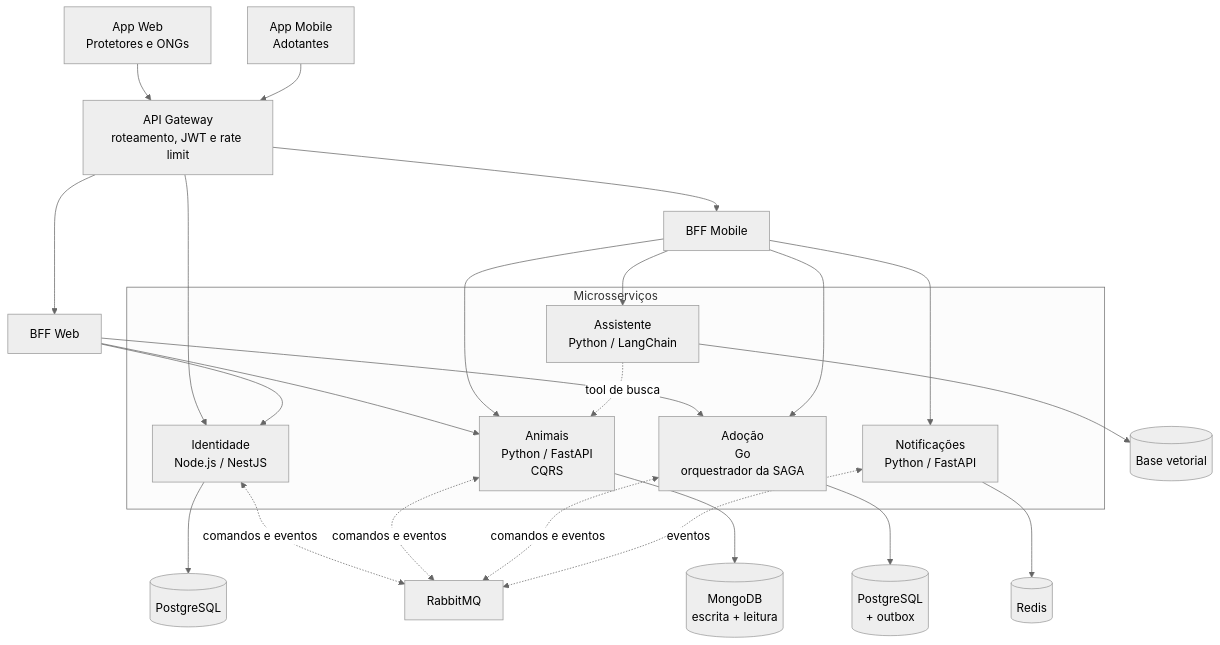
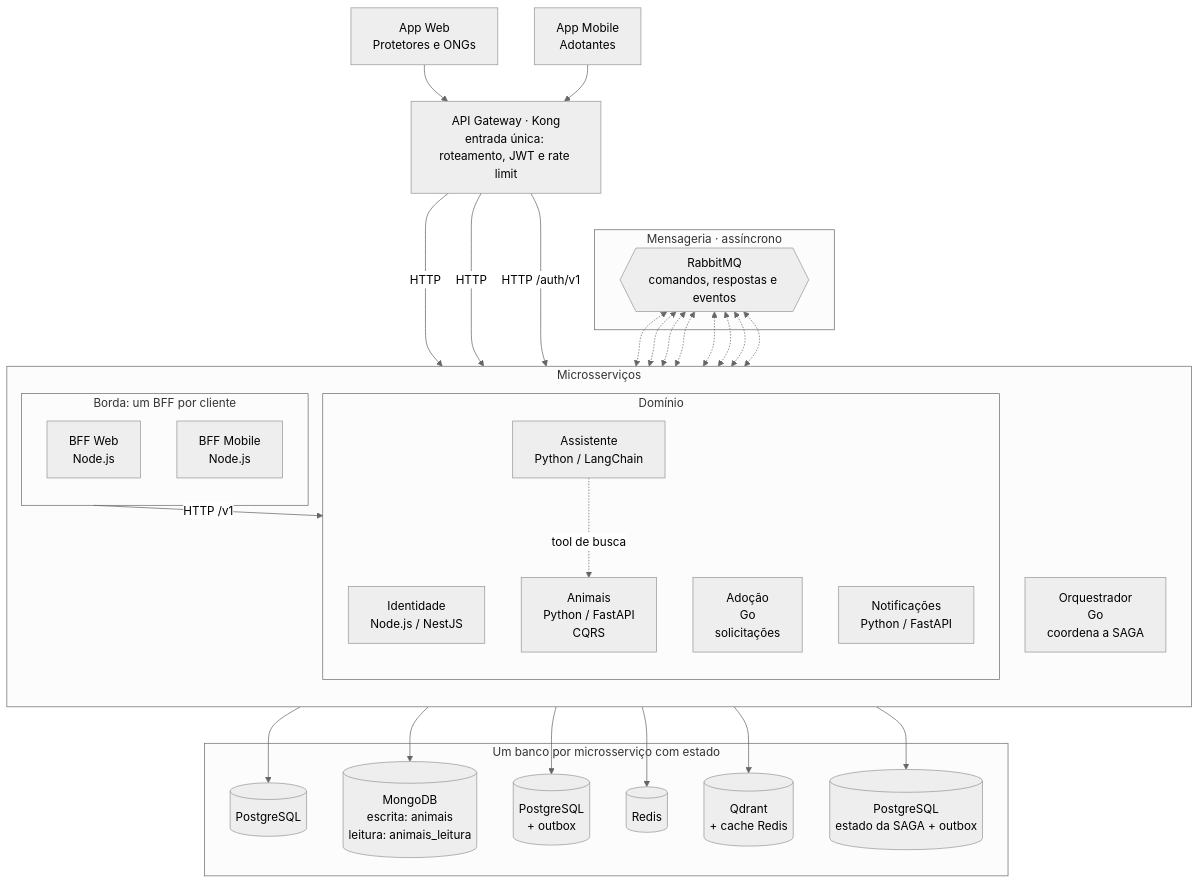
Before and after one commit to gxbreus/ampara: the first of 2 diagrams in README.md, drawn with Mermaid (neutral theme). The commit also changed other lines of this file, not shown here.

First line of the commit message:
docs: detalha a arquitetura no README com Orquestrador, mensageria e CQRS (#141)

````diff
--- a/README.md
+++ b/README.md
@@ -63,41 +72,63 @@
 ```mermaid
 flowchart TB
     Web[App Web<br/>Protetores e ONGs]
     Mobile[App Mobile<br/>Adotantes]
-    Gateway[API Gateway<br/>roteamento, JWT e rate limit]
+    Gateway[API Gateway · Kong<br/>entrada única: roteamento, JWT e rate limit]
 
     Web --> Gateway
     Mobile --> Gateway
 
-    Gateway --> BFFWeb[BFF Web]
-    Gateway --> BFFMobile[BFF Mobile]
-    Gateway --> Identidade
+    subgraph Mensageria[Mensageria · assíncrono]
+        RabbitMQ{{RabbitMQ<br/>comandos, respostas e eventos}}
+    end
+
+    Gateway ~~~ RabbitMQ
+    RabbitMQ ~~~ BFFs
 
     subgraph Servicos[Microsserviços]
-        Identidade[Identidade<br/>Node.js / NestJS]
-        Animais[Animais<br/>Python / FastAPI<br/>CQRS]
-        Adocao[Adoção<br/>Go<br/>orquestrador da SAGA]
-        Notificacoes[Notificações<br/>Python / FastAPI]
-        Assistente[Assistente<br/>Python / LangChain]
+        direction TB
+        subgraph BFFs[Borda: um BFF por cliente]
+            BFFWeb[BFF Web<br/>Node.js]
+            BFFMobile[BFF Mobile<br/>Node.js]
+        end
+        subgraph Dominio[Domínio]
+            Identidade[Identidade<br/>Node.js / NestJS]
+            Animais[Animais<br/>Python / FastAPI<br/>CQRS]
+            Adocao[Adoção<br/>Go<br/>solicitações]
+            Notificacoes[Notificações<br/>Python / FastAPI]
+            Assistente[Assistente<br/>Python / LangChain]
+        end
+        Orquestrador[Orquestrador<br/>Go<br/>coordena a SAGA]
     end
 
-    BFFWeb --> Identidade
-    BFFWeb --> Animais
-    BFFWeb --> Adocao
-    BFFMobile --> Animais
-    BFFMobile --> Adocao
-    BFFMobile --> Notificacoes
-    BFFMobile --> Assistente
+    subgraph Dados[Um banco por microsserviço com estado]
+        DBIdentidade[(PostgreSQL)]
+        DBAnimais[(MongoDB<br/>escrita: animais<br/>leitura: animais_leitura)]
+        DBAdocao[(PostgreSQL<br/>+ outbox)]
+        DBNotificacoes[(Redis)]
+        DBAssistente[(Qdrant<br/>+ cache Redis)]
+        DBOrquestrador[(PostgreSQL<br/>estado da SAGA + outbox)]
+    end
+
+    Gateway -- HTTP --> BFFWeb
+    Gateway -- HTTP --> BFFMobile
+    Gateway -- HTTP /auth/v1 --> Identidade
+    BFFs -- HTTP /v1 --> Dominio
     Assistente -. tool de busca .-> Animais
 
-    Identidade --> DBIdentidade[(PostgreSQL)]
-    Animais --> DBAnimais[(MongoDB<br/>escrita + leitura)]
-    Adocao --> DBAdocao[(PostgreSQL<br/>+ outbox)]
-    Notificacoes --> DBNotificacoes[(Redis)]
-    Assistente --> DBAssistente[(Base vetorial)]
+    RabbitMQ <-.-> BFFWeb
+    RabbitMQ <-.-> BFFMobile
+    RabbitMQ <-.-> Identidade
+    RabbitMQ <-.-> Animais
+    RabbitMQ <-.-> Adocao
+    RabbitMQ <-.-> Notificacoes
+    RabbitMQ <-.-> Assistente
+    RabbitMQ <-.-> Orquestrador
 
-    Identidade <-. comandos e eventos .-> RabbitMQ[RabbitMQ]
-    Animais <-. comandos e eventos .-> RabbitMQ
-    Adocao <-. comandos e eventos .-> RabbitMQ
-    Notificacoes <-. eventos .-> RabbitMQ
+    Identidade --> DBIdentidade
+    Animais --> DBAnimais
+    Adocao --> DBAdocao
+    Notificacoes --> DBNotificacoes
+    Assistente --> DBAssistente
+    Orquestrador --> DBOrquestrador
 ```
````
